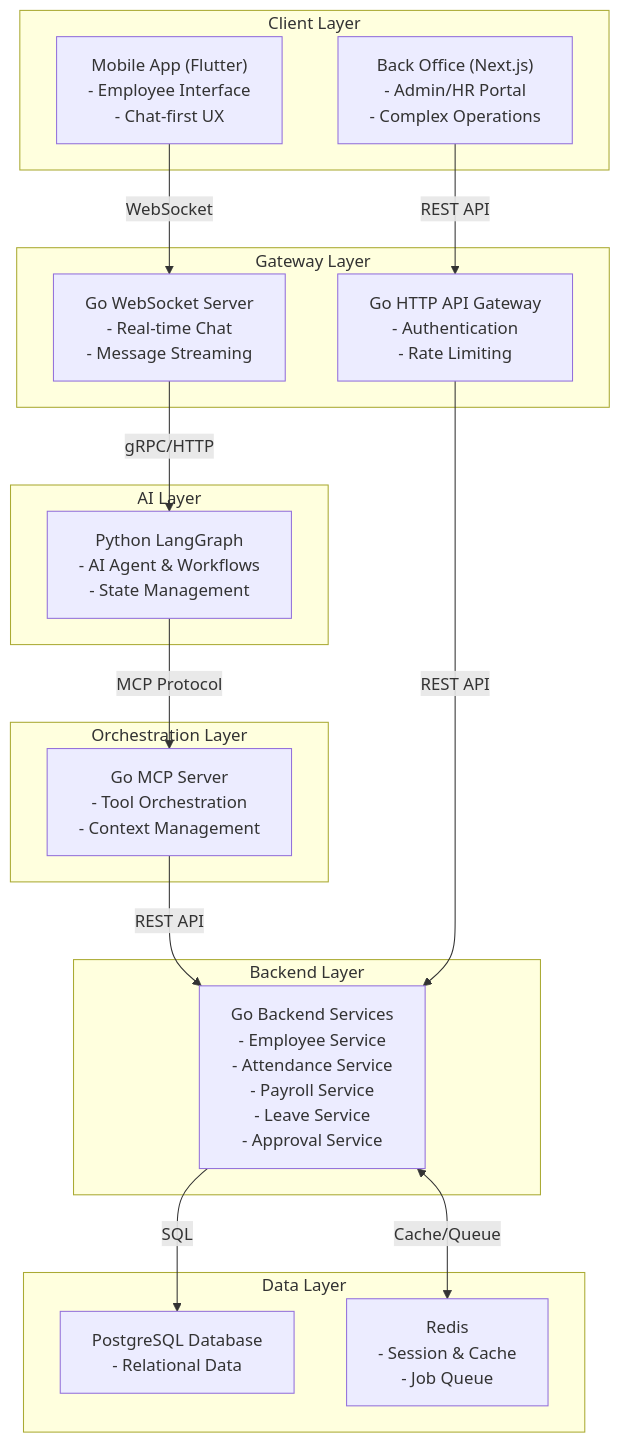
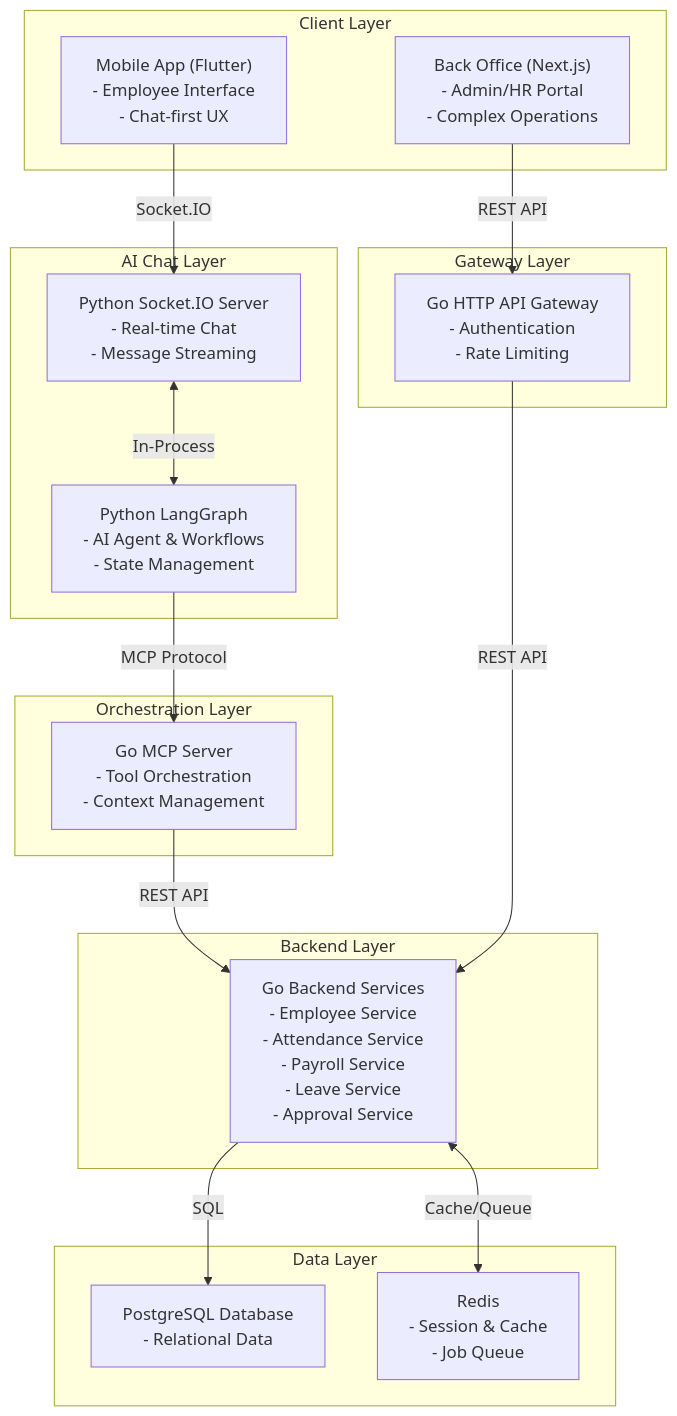
The fourth of 4 diagrams in README.md (rianV2/aturix-hr-eng-spec), drawn with Mermaid before and after one commit. The commit also changed other lines of this file, not shown here.

Commit message:
Replace go websocket with python socket io

````diff
--- a/README.md
+++ b/README.md
@@ -358,38 +358,38 @@
 ```mermaid
 graph TB
     subgraph Clients["Client Layer"]
         Mobile["Mobile App (Flutter)<br/>- Employee Interface<br/>- Chat-first UX"]
         BackOffice["Back Office (Next.js)<br/>- Admin/HR Portal<br/>- Complex Operations"]
     end
 
     subgraph Gateway["Gateway Layer"]
-        WSServer["Go WebSocket Server<br/>- Real-time Chat<br/>- Message Streaming"]
         APIGateway["Go HTTP API Gateway<br/>- Authentication<br/>- Rate Limiting"]
     end
 
-    subgraph AI["AI Layer"]
+    subgraph AI["AI Chat Layer"]
+        SocketIO["Python Socket.IO Server<br/>- Real-time Chat<br/>- Message Streaming"]
         LangGraph["Python LangGraph<br/>- AI Agent & Workflows<br/>- State Management"]
     end
 
     subgraph Orchestration["Orchestration Layer"]
         MCP["Go MCP Server<br/>- Tool Orchestration<br/>- Context Management"]
     end
 
     subgraph Backend["Backend Layer"]
         Services["Go Backend Services<br/>- Employee Service<br/>- Attendance Service<br/>- Payroll Service<br/>- Leave Service<br/>- Approval Service"]
     end
 
     subgraph Data["Data Layer"]
         DB["PostgreSQL Database<br/>- Relational Data"]
         Cache["Redis<br/>- Session & Cache<br/>- Job Queue"]
     end
 
-    Mobile -->|WebSocket| WSServer
+    Mobile -->|Socket.IO| SocketIO
     BackOffice -->|REST API| APIGateway
-    WSServer -->|gRPC/HTTP| LangGraph
+    SocketIO <-->|In-Process| LangGraph
     LangGraph -->|MCP Protocol| MCP
     MCP -->|REST API| Services
     APIGateway -->|REST API| Services
     Services -->|SQL| DB
     Services <-->|Cache/Queue| Cache
 ```
````
